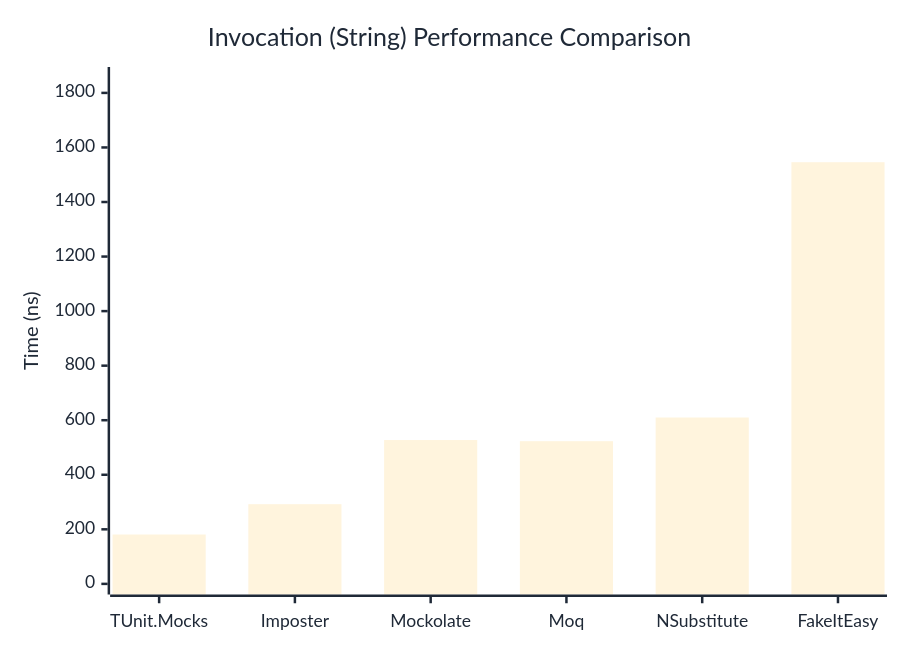
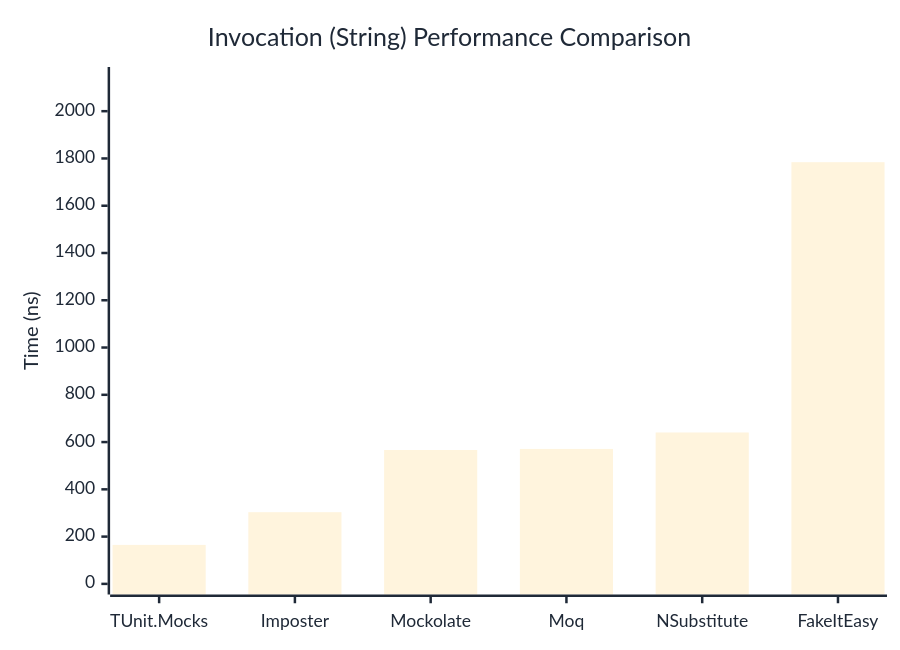
The second of 3 diagrams in docs/docs/benchmarks/mocks/Invocation.md (thomhurst/TUnit), drawn with Mermaid before and after one commit. The commit also changed other lines of this file and 14 other files, not shown here.

````diff
--- a/docs/docs/benchmarks/mocks/Invocation.md
+++ b/docs/docs/benchmarks/mocks/Invocation.md
@@ -69,27 +69,27 @@
 ```mermaid
 %%{init: {
   'theme':'base',
   'themeVariables': {
     'primaryColor': '#2563eb',
     'primaryTextColor': '#1f2937',
     'primaryBorderColor': '#1e40af',
     'lineColor': '#6b7280',
     'secondaryColor': '#7c3aed',
     'tertiaryColor': '#dc2626',
     'background': '#ffffff',
     'pie1': '#2563eb',
     'pie2': '#7c3aed',
     'pie3': '#dc2626',
     'pie4': '#f59e0b',
     'pie5': '#10b981',
     'pie6': '#06b6d4',
     'pie7': '#ec4899',
     'pie8': '#6366f1'
   }
 }}%%
 xychart-beta
   title "Invocation (String) Performance Comparison"
   x-axis ["TUnit.Mocks", "Imposter", "Mockolate", "Moq", "NSubstitute", "FakeItEasy"]
-  y-axis "Time (ns)" 0 --> 1856
-  bar [181, 292.1, 527.3, 523.1, 609.9, 1545.9]
+  y-axis "Time (ns)" 0 --> 2142
+  bar [164.9, 303.3, 566.5, 571, 640.6, 1784.2]
 ```
````
